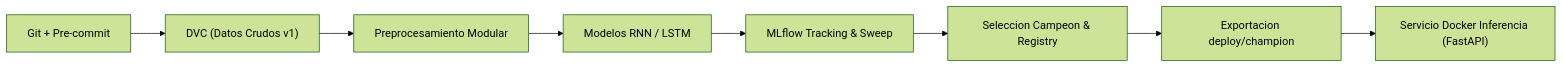
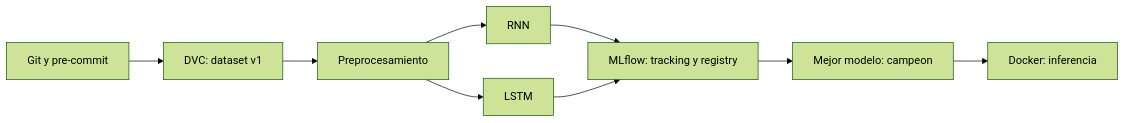
One commit to Emilio-Velazquez/P2-Aprendizaje-Profundo changed the diagram in README.md. Above: the diagram before and after it, drawn with Mermaid (forest theme). The commit also changed other lines of this file, not shown here.

Commit message:
docs: readme fixes and remove local paths

````diff
--- a/README.md
+++ b/README.md
@@ -11,10 +11,11 @@
 ```mermaid
 flowchart LR
-    A["Git + Pre-commit"] --> B["DVC (Datos Crudos v1)"]
-    B --> C["Preprocesamiento Modular"]
-    C --> D["Modelos RNN / LSTM"]
-    D --> E["MLflow Tracking & Sweep"]
-    E --> F["Seleccion Campeon & Registry"]
-    F --> G["Exportacion deploy/champion"]
-    G --> H["Servicio Docker Inferencia (FastAPI)"]
+    A["Git y pre-commit"] --> B["DVC: dataset v1"]
+    B --> C["Preprocesamiento"]
+    C --> D["RNN"]
+    C --> E["LSTM"]
+    D --> F["MLflow: tracking y registry"]
+    E --> F
+    F --> G["Mejor modelo: campeon"]
+    G --> H["Docker: inferencia"]
 ```
````
